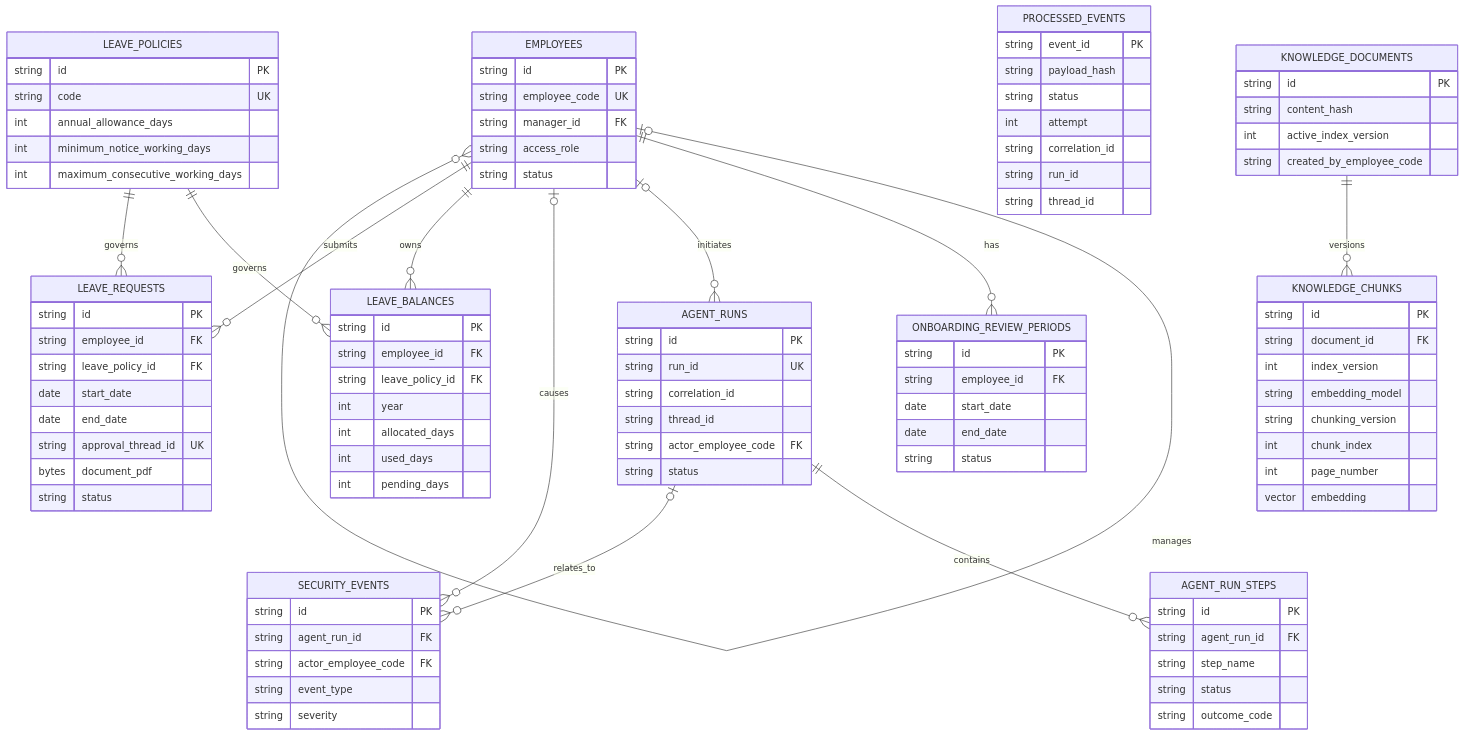
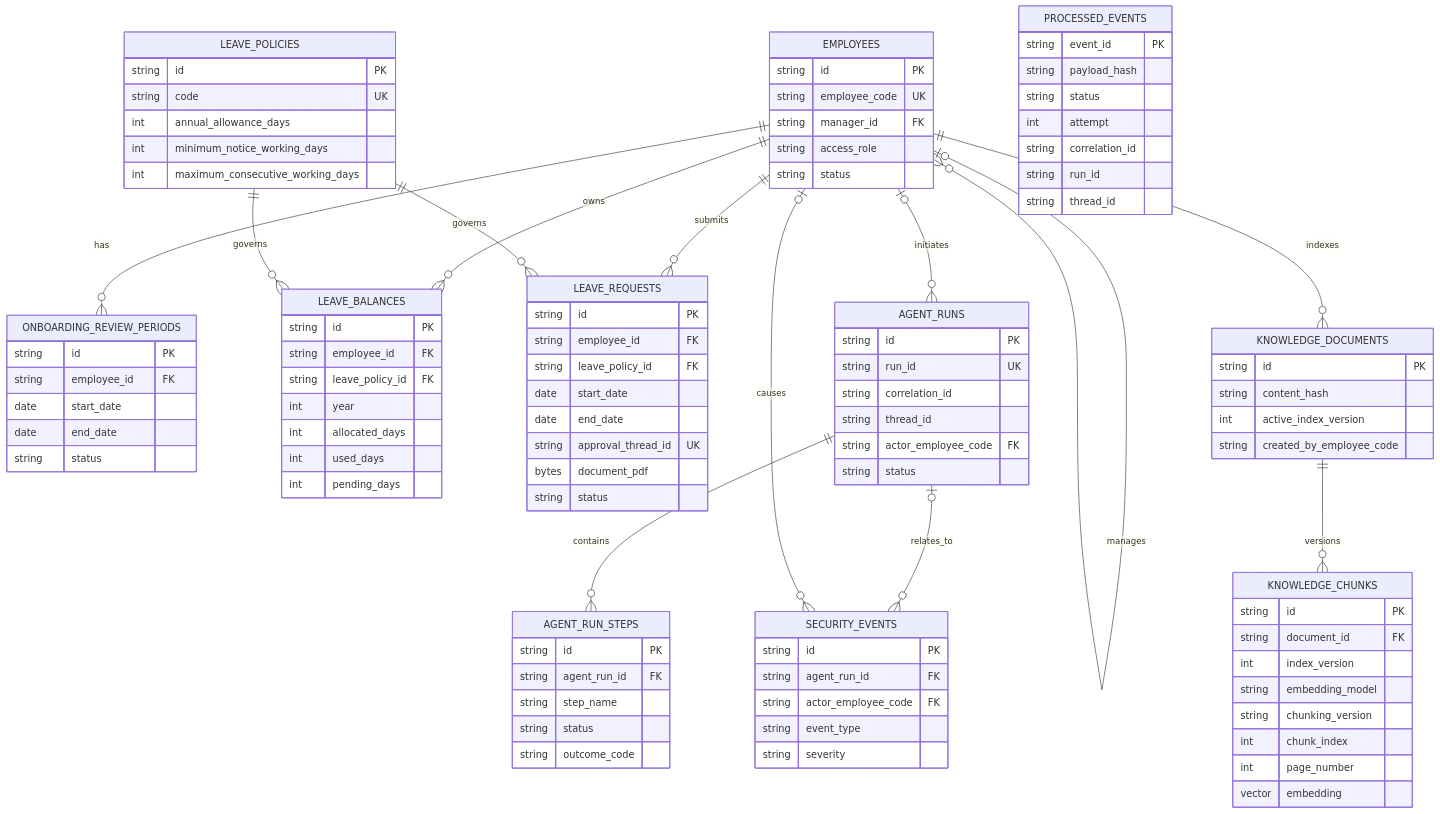
The fourth of 4 diagrams in README.md (ramioooz/hcm-agentic-llmops), drawn with Mermaid before and after one commit. The commit also changed other lines of this file and 41 other files, not shown here.

````diff
--- a/README.md
+++ b/README.md
@@ -502,5 +502,6 @@
     EMPLOYEES ||--o{ LEAVE_REQUESTS : submits
     LEAVE_POLICIES ||--o{ LEAVE_BALANCES : governs
     LEAVE_POLICIES ||--o{ LEAVE_REQUESTS : governs
+    EMPLOYEES ||--o{ KNOWLEDGE_DOCUMENTS : indexes
     KNOWLEDGE_DOCUMENTS ||--o{ KNOWLEDGE_CHUNKS : versions
 ```
````
